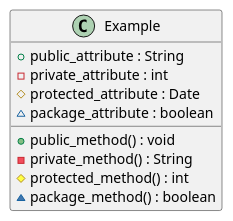
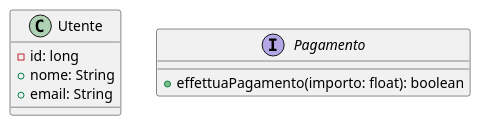
Before and after one commit to Seniorsimo/sas-template: the second of 3 diagrams in 04-structural-diagrams/class-diagrams/INSTRUCTIONS.md, drawn with PlantUML. The commit also changed other lines of this file and 9 other files, not shown here.

Commit message:
Refactor diagram instructions and templates

````diff
--- a/04-structural-diagrams/class-diagrams/INSTRUCTIONS.md
+++ b/04-structural-diagrams/class-diagrams/INSTRUCTIONS.md
@@ -54,13 +26,11 @@
-```plantuml
-class Example {
-  + public_attribute : String
-  - private_attribute : int
-  # protected_attribute : Date
-  ~ package_attribute : boolean
-  __
-  + public_method() : void
-  - private_method() : String
-  # protected_method() : int
-  ~ package_method() : boolean
-}
-```
+    ```plantuml
+    class Utente {
+      -id: long
+      +nome: String
+      +email: String
+    }
+
+    interface Pagamento {
+      +effettuaPagamento(importo: float): boolean
+    }
+    ```
````
